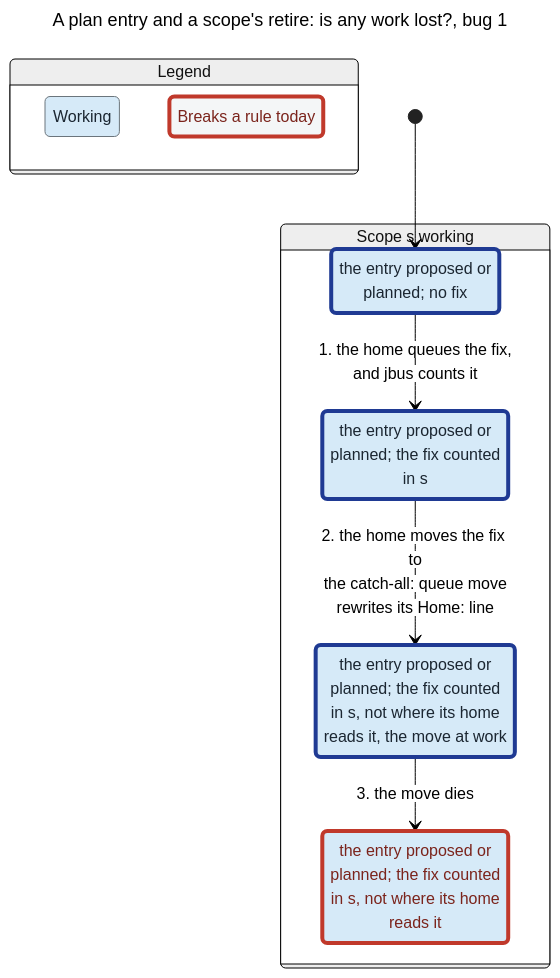
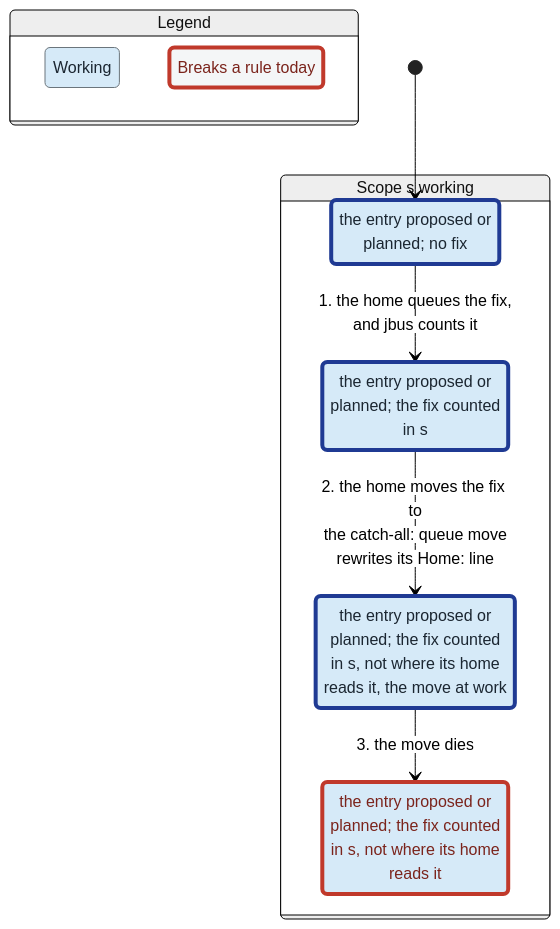
One commit to JoshuaHayesWasHere/jstack changed the diagram in features/home/spec/PlanScope-statechart/bug-1.mmd. Above: the diagram before and after it, drawn with Mermaid (neutral theme). The commit also changed 12 other files, not shown here.

First line of the commit message:
fix(jbus, home): a scope's retire carries the fixes its blockers.json counts to the catch-all's ledger

```diff
--- a/features/home/spec/PlanScope-statechart/bug-1.mmd
+++ b/features/home/spec/PlanScope-statechart/bug-1.mmd
@@ -1,32 +1,31 @@
 ---
-title: "A plan entry and a scope's retire: is any work lost?, bug 1"
 config:
   markdownAutoWrap: false
   state:
     useMaxWidth: false
 ---
 stateDiagram-v2
   classDef plainWrong fill:#f4f6f7,stroke:#c0392b,stroke-width:4px,color:#7b241c
   classDef group0 fill:#d6eaf8,stroke:#6b757c,color:#1b2631
   classDef group0Wrong fill:#d6eaf8,stroke:#c0392b,stroke-width:4px,color:#7b241c
   classDef group0Path fill:#d6eaf8,stroke:#1f3a93,stroke-width:4px,color:#1b2631
   state "Legend" as legend {
     state "Working" as legendGroup0
     state "Breaks a rule today" as legendWrong
   }
   class legendGroup0 group0
   class legendWrong plainWrong
   state "Scope s working" as g0 {
     state "the entry proposed or<br/>planned; no fix" as s0
     state "the entry proposed or<br/>planned; the fix counted<br/>in s" as s1
     state "the entry proposed or<br/>planned; the fix counted<br/>in s, not where its home<br/>reads it" as s2
     state "the entry proposed or<br/>planned; the fix counted<br/>in s, not where its home<br/>reads it, the move at work" as s3
   }
   [*] --> s0
   s0 --> s1 : 1. the home queues the fix,<br/>and jbus counts it
   s1 --> s3 : 2. the home moves the fix to<br/>the catch-all: queue move<br/>rewrites its Home: line
   s3 --> s2 : 3. the move dies
   class s0 group0Path
   class s1 group0Path
   class s2 group0Wrong
   class s3 group0Path
```
